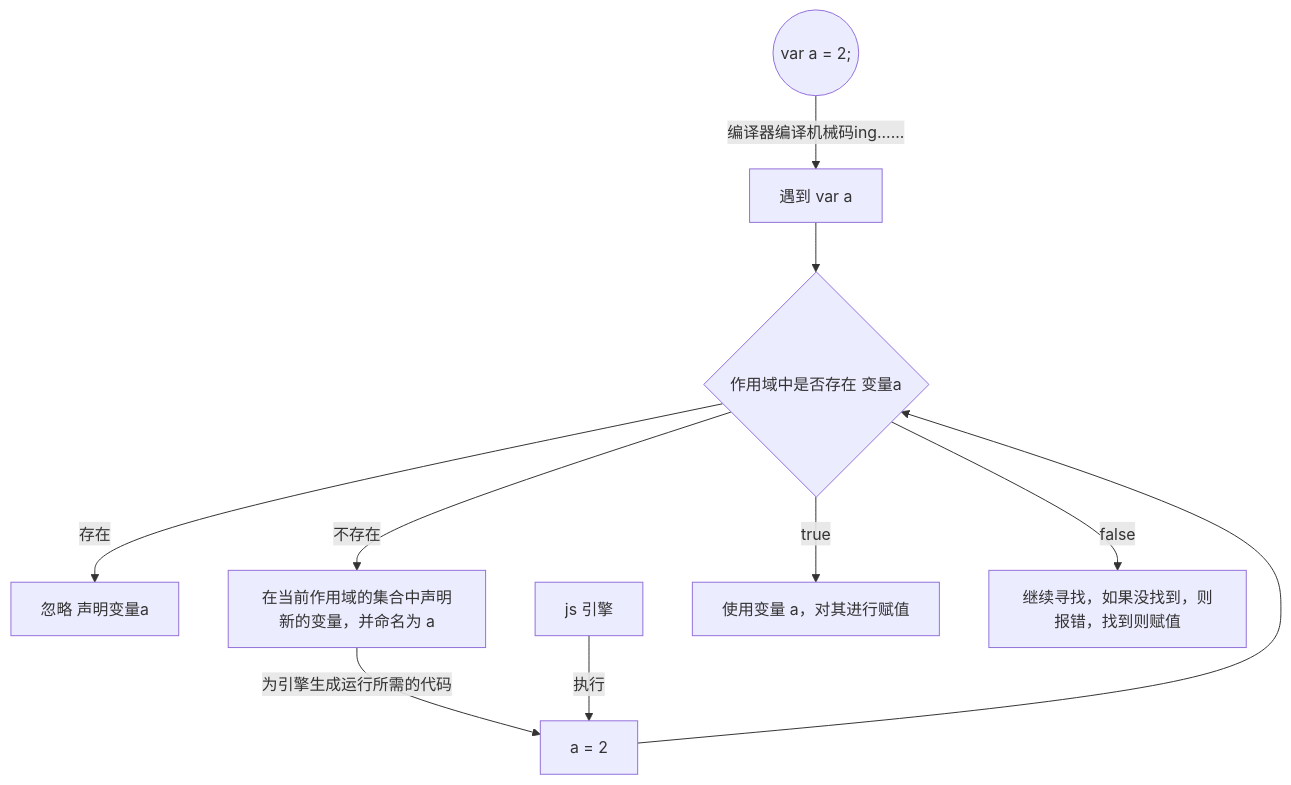
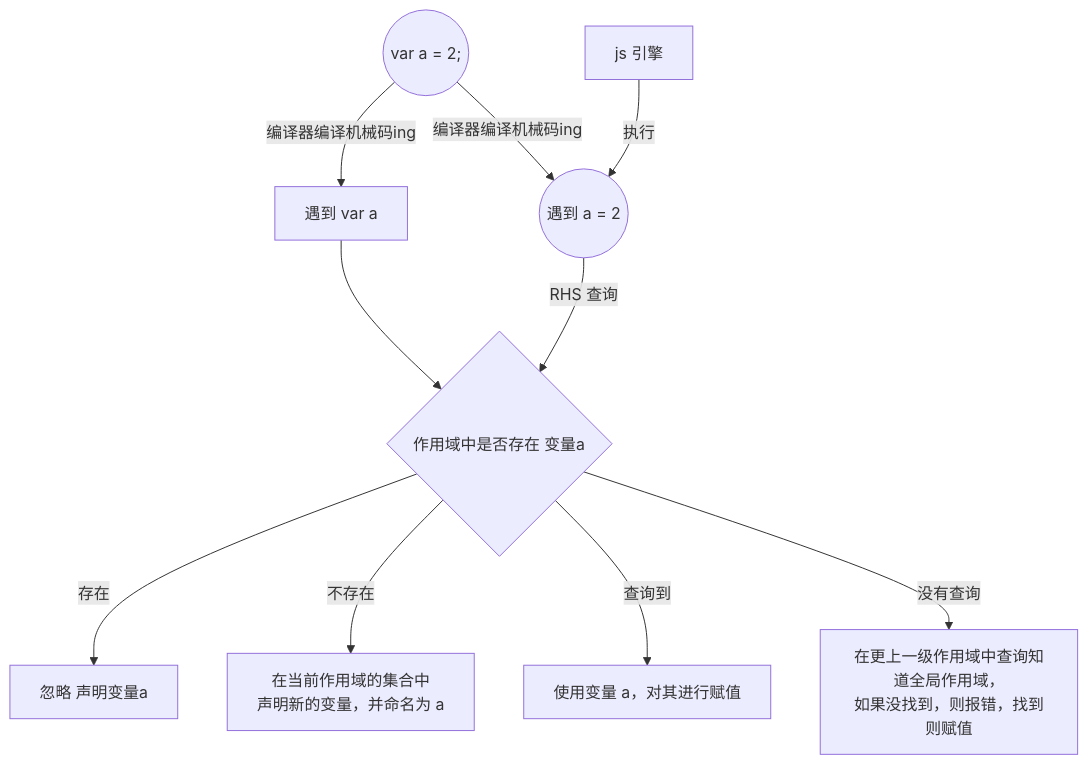
Before and after one commit to forkingw/ReadingNote: the fifth of 5 diagrams in font-end/你不知道的js/part-1 作用域/作用域是什么.md, drawn with Mermaid. The commit also changed other lines of this file, not shown here.

Commit message:
编译过程

````diff
--- a/font-end/你不知道的js/part-1 作用域/作用域是什么.md
+++ b/font-end/你不知道的js/part-1 作用域/作用域是什么.md
@@ -75,20 +75,22 @@
 ```mermaid
 graph TD
 start(("var a = 2;"))
 variable["遇到 var a"]
 isexist{作用域中是否存在 变量a}
 skip[忽略 声明变量a]
-declare["在当前作用域的集合中声明新的变量，并命名为 a"]
-assignment[a = 2]
+declare["在当前作用域的集合中<br />声明新的变量，并命名为 a"]
 engine["js 引擎"]
 use["使用变量 a，对其进行赋值"]
-goon["继续寻找，如果没找到，则报错，找到则赋值"]
+goon["在更上一级作用域中查询知道全局作用域，<br />如果没找到，则报错，找到则赋值"]
+expression(("遇到 a = 2"))
 
-start -->|"编译器编译机械码ing......"| variable
+start -->|"编译器编译机械码ing"| variable
 variable --> isexist -->|"存在"| skip
 isexist -->|"不存在"| declare
-declare -->|"为引擎生成运行所需的代码"| assignment
-engine -->|"执行"| assignment
-assignment --> isexist -->|true| use
-isexist -->|false| goon
+
+start -->|"编译器编译机械码ing"| expression
+engine -->|"执行"| expression
+expression -->|"RHS 查询"| isexist
+isexist -->|"查询到"| use
+isexist -->|"没有查询"| goon
 ```
````
